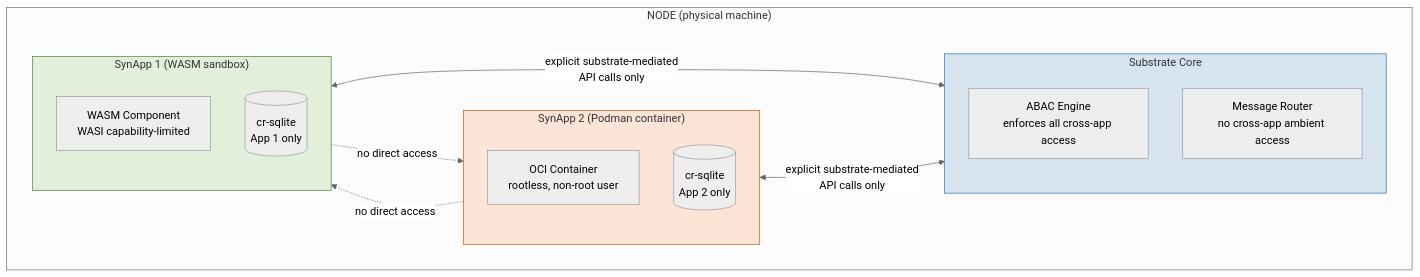
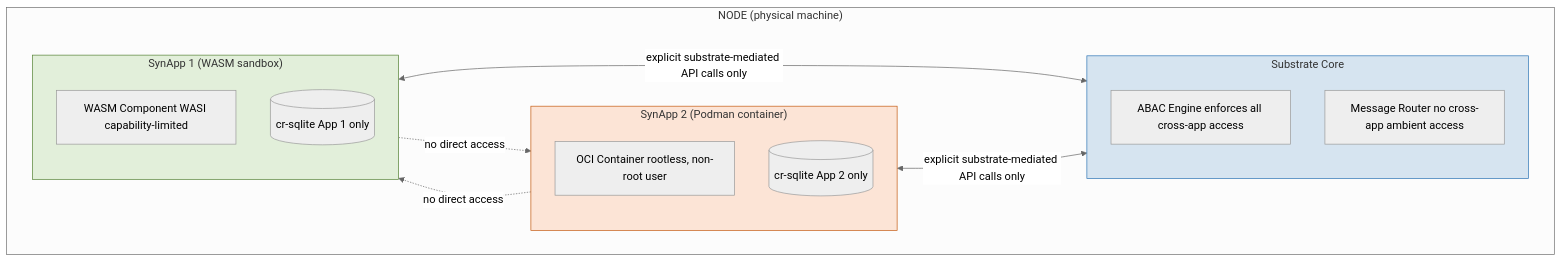
Diagram 21 of 21 in docs/architecture.md (syneroym/syneroym), drawn with Mermaid (neutral theme) before and after one commit. The commit also changed other lines of this file, not shown here.

````diff
--- a/docs/architecture.md
+++ b/docs/architecture.md
@@ -865,28 +834,28 @@
 ```mermaid
 flowchart TD
     subgraph NODE2["NODE (physical machine)"]
         subgraph APP1["SynApp 1 (WASM sandbox)"]
-            W1[WASM Component\nWASI capability-limited]
-            DB1[(cr-sqlite\nApp 1 only)]
+            W1[WASM Component WASI capability-limited]
+            DB1[(cr-sqlite App 1 only)]
         end
 
         subgraph APP2["SynApp 2 (Podman container)"]
-            P1[OCI Container\nrootless, non-root user]
-            DB2[(cr-sqlite\nApp 2 only)]
+            P1[OCI Container rootless, non-root user]
+            DB2[(cr-sqlite App 2 only)]
         end
 
         subgraph SUBSTRATE_CORE["Substrate Core"]
-            AC3[ABAC Engine\nenforces all cross-app access]
-            MSG4[Message Router\nno cross-app ambient access]
+            AC3[ABAC Engine enforces all cross-app access]
+            MSG4[Message Router no cross-app ambient access]
         end
     end
 
-    APP1 <-->|"explicit substrate-mediated\nAPI calls only"| SUBSTRATE_CORE
-    APP2 <-->|"explicit substrate-mediated\nAPI calls only"| SUBSTRATE_CORE
+    APP1 <-->|"explicit substrate-mediated API calls only"| SUBSTRATE_CORE
+    APP2 <-->|"explicit substrate-mediated API calls only"| SUBSTRATE_CORE
     APP1 -. "no direct access" .-> APP2
     APP2 -. "no direct access" .-> APP1
 
     style APP1 fill:#E2EFDA,stroke:#548235
     style APP2 fill:#FCE4D6,stroke:#C55A11
     style SUBSTRATE_CORE fill:#D6E4F0,stroke:#2E75B6
 ```
````
